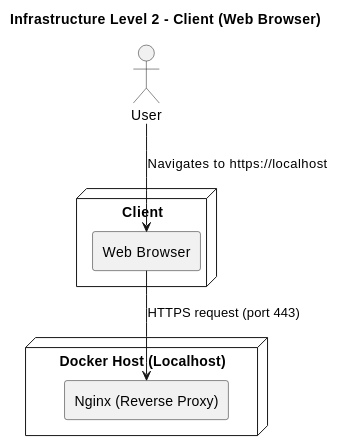
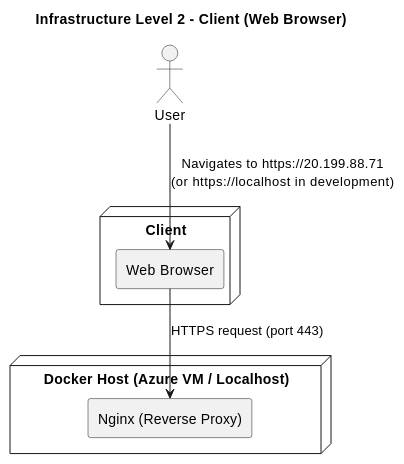
The third of 6 diagrams in docs/src/07_deployment_view.adoc (Arquisoft/yovi_es1a), drawn with PlantUML before and after one commit. The commit also changed other lines of this file and 2 other files, not shown here.

```diff
--- a/docs/src/07_deployment_view.adoc
+++ b/docs/src/07_deployment_view.adoc
@@ -216,22 +221,22 @@
 [plantuml]
 ----
 @startuml
 title Infrastructure Level 2 - Client (Web Browser)
 
 skinparam shadowing false
 skinparam componentStyle rectangle
 
 actor "User" as user
 
 node "Client" as client {
   [Web Browser] as browser
 }
 
-node "Docker Host (Localhost)" as host {
+node "Docker Host (Azure VM / Localhost)" as host {
   [Nginx (Reverse Proxy)] as nginx
 }
 
-user --> browser : Navigates to https://localhost
+user --> browser : Navigates to https://20.199.88.71\n(or https://localhost in development)
 browser --> nginx : HTTPS request (port 443)
 @enduml
 ----
```
